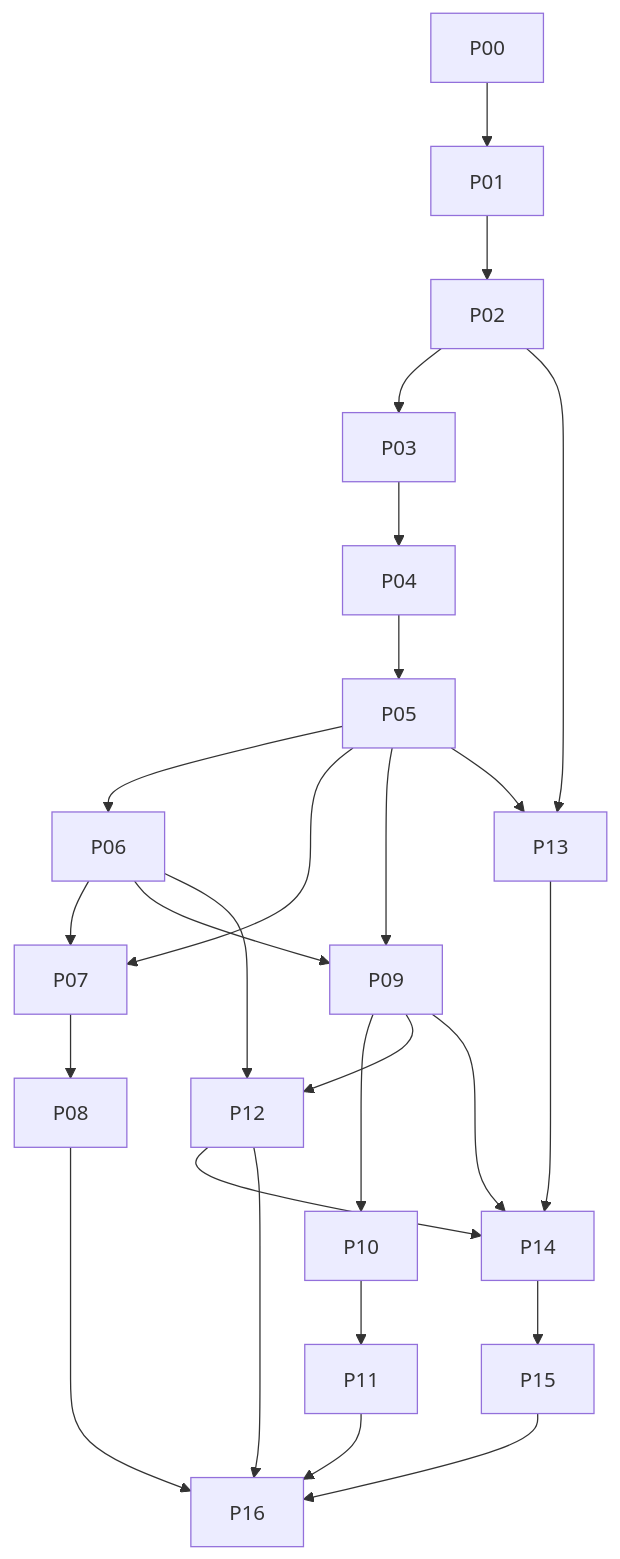
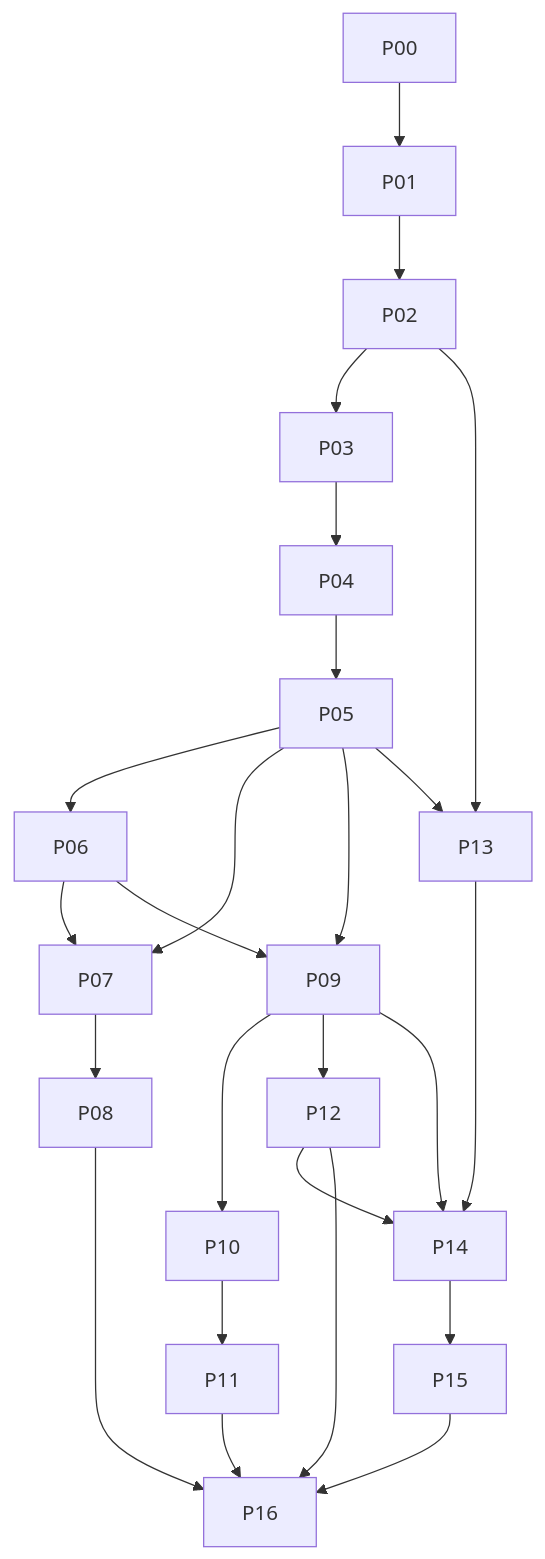
The diagram in docs/IPD.md (danangwijaya03/app-starter-kit), drawn with Mermaid before and after one commit. The commit also changed other lines of this file and 93 other files, not shown here.

````diff
--- a/docs/IPD.md
+++ b/docs/IPD.md
@@ -13,19 +13,18 @@
 ```mermaid
 flowchart TD
  P00 --> P01 --> P02 --> P03 --> P04 --> P05 --> P06
  P05 --> P07
  P06 --> P07 --> P08
  P05 --> P09
  P06 --> P09 --> P10 --> P11
  P09 --> P12
- P06 --> P12
  P02 --> P13
  P05 --> P13
  P13 --> P14
  P09 --> P14
  P12 --> P14 --> P15
  P11 --> P16
  P08 --> P16
  P12 --> P16
  P15 --> P16
 ```
````
